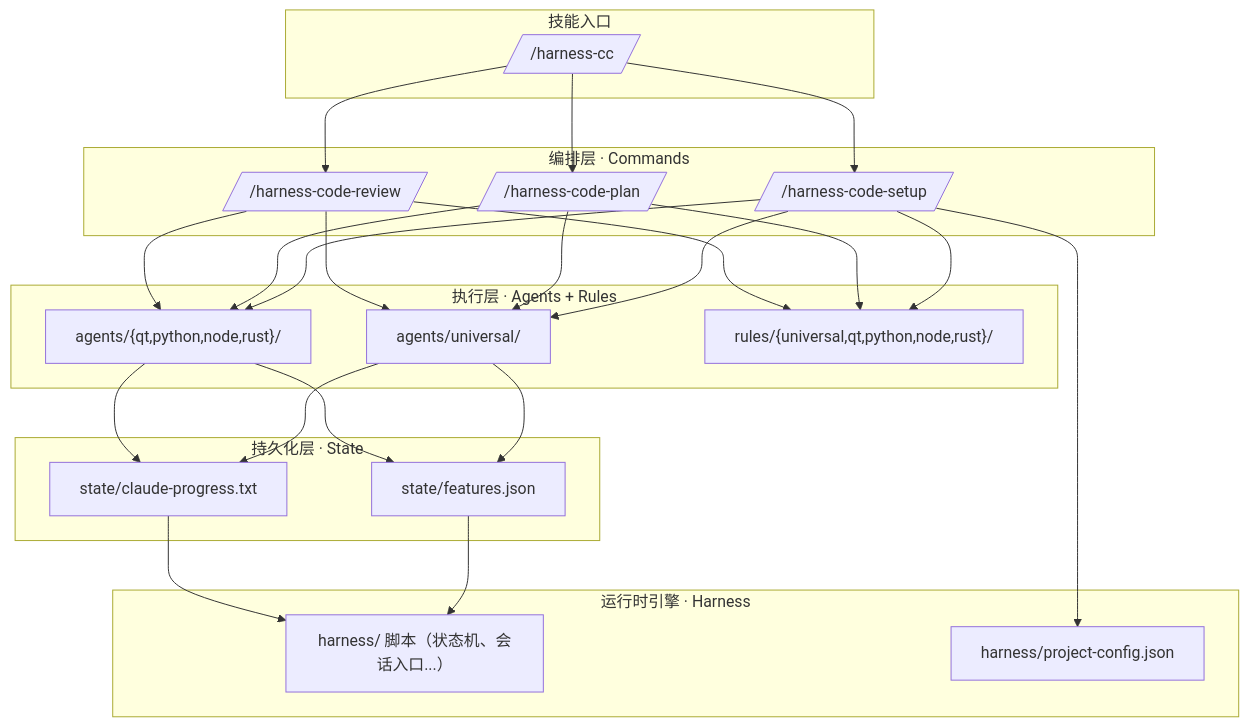
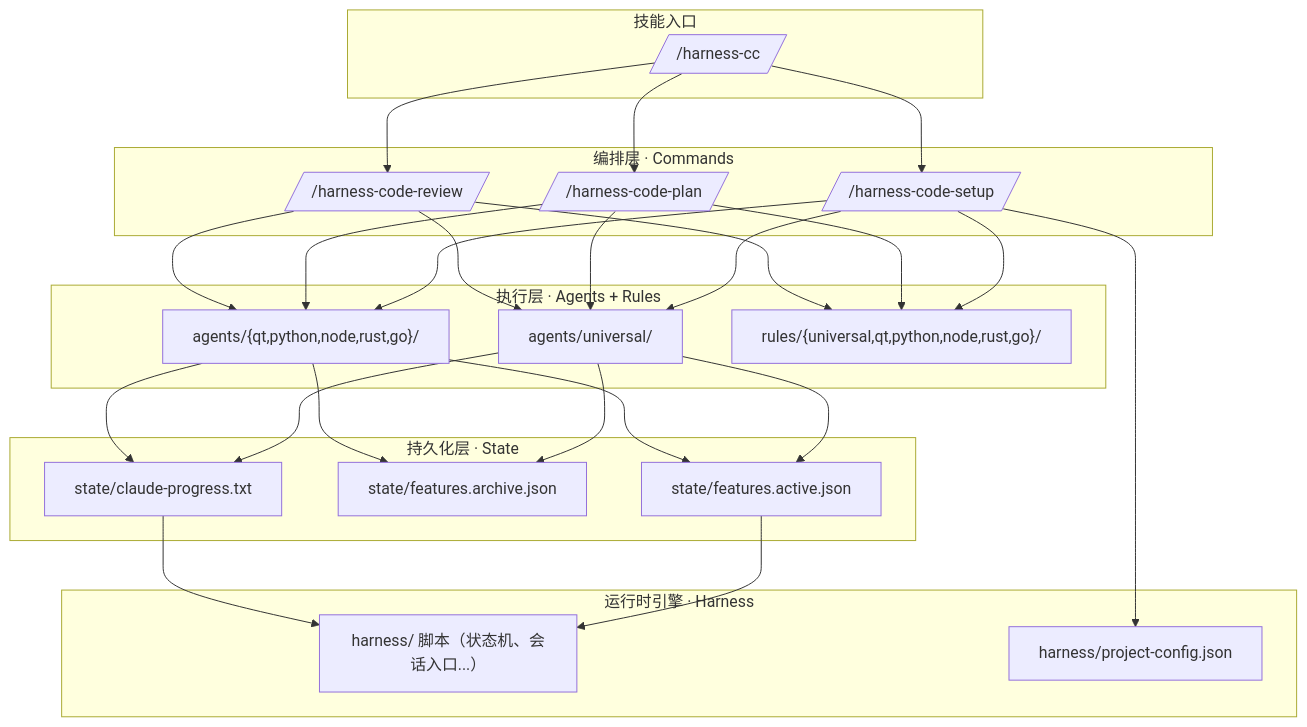
The diagram in README.md (jovetickop/animus), drawn with Mermaid before and after one commit. The commit also changed other lines of this file and 49 other files, not shown here.

````diff
--- a/README.md
+++ b/README.md
@@ -22,31 +39,32 @@
 ```mermaid
 flowchart TB
     subgraph 技能入口
         SKILL[/"/harness-cc"/]
     end
     subgraph 编排层[编排层 · Commands]
         C1[/"/harness-code-setup"/]
         C2[/"/harness-code-plan"/]
         C3[/"/harness-code-review"/]
     end
     subgraph 执行层[执行层 · Agents + Rules]
         A1["agents/universal/"]
-        A2["agents/{qt,python,node,rust}/"]
-        R["rules/{universal,qt,python,node,rust}/"]
+        A2["agents/{qt,python,node,rust,go}/"]
+        R["rules/{universal,qt,python,node,rust,go}/"]
     end
     subgraph 持久化层[持久化层 · State]
-        F["state/features.json"]
+        F["state/features.active.json"]
+        A["state/features.archive.json"]
         L["state/claude-progress.txt"]
     end
     subgraph 运行时引擎[运行时引擎 · Harness]
         H["harness/ 脚本（状态机、会话入口...）"]
         P["harness/project-config.json"]
     end
 
     SKILL --> C1 & C2 & C3
     C1 & C2 & C3 --> A1 & A2 & R
-    A1 & A2 --> F & L
+    A1 & A2 --> F & A & L
     C1 --> P
     F --> H
     L --> H
 ```
````
